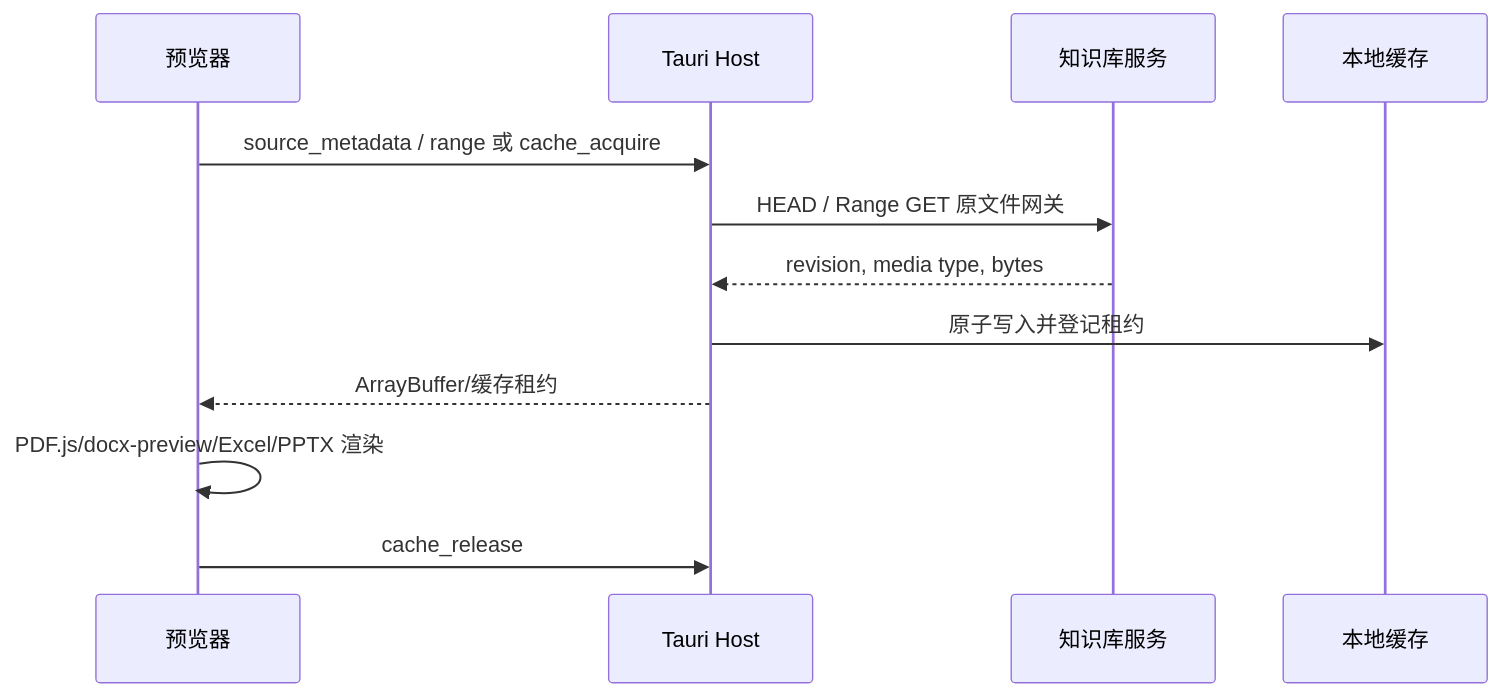
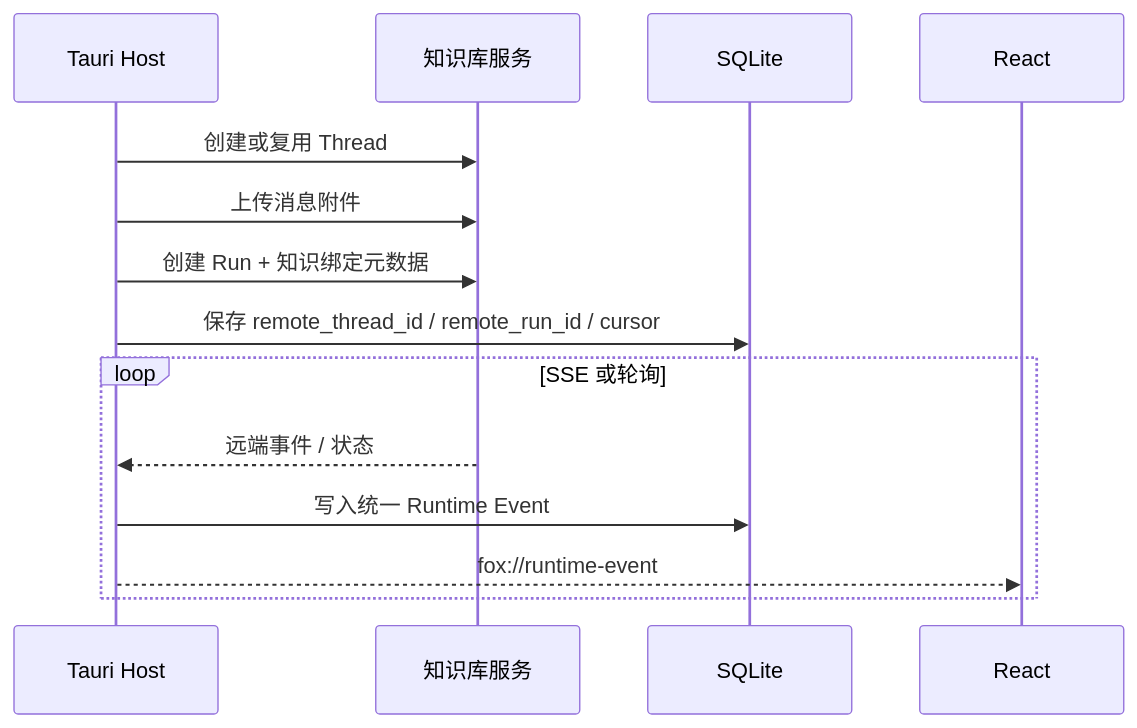
One commit to Hry1729/Fox-Agent changed the third of 3 diagrams in docs/02-架构/知识库集成架构.md. Above: the diagram before and after it, drawn with Mermaid. The commit also changed other lines of this file and 1702 other files, not shown here.

````diff
--- a/docs/02-架构/知识库集成架构.md
+++ b/docs/02-架构/知识库集成架构.md
@@ -36,14 +257,16 @@
 ```mermaid
 sequenceDiagram
-    participant UI as 预览器
     participant H as Tauri Host
-    participant K as 知识库服务
-    participant C as 本地缓存
-    UI->>H: source_metadata / range 或 cache_acquire
-    H->>K: HEAD / Range GET 原文件网关
-    K-->>H: revision, media type, bytes
-    H->>C: 原子写入并登记租约
-    H-->>UI: ArrayBuffer/缓存租约
-    UI->>UI: PDF.js/docx-preview/Excel/PPTX 渲染
-    UI->>H: cache_release
+    participant S as 知识库服务
+    participant D as SQLite
+    participant U as React
+    H->>S: 创建或复用 Thread
+    H->>S: 上传消息附件
+    H->>S: 创建 Run + 知识绑定元数据
+    H->>D: 保存 remote_thread_id / remote_run_id / cursor
+    loop SSE 或轮询
+        S-->>H: 远端事件 / 状态
+        H->>D: 写入统一 Runtime Event
+        H-->>U: fox://runtime-event
+    end
 ```
````
